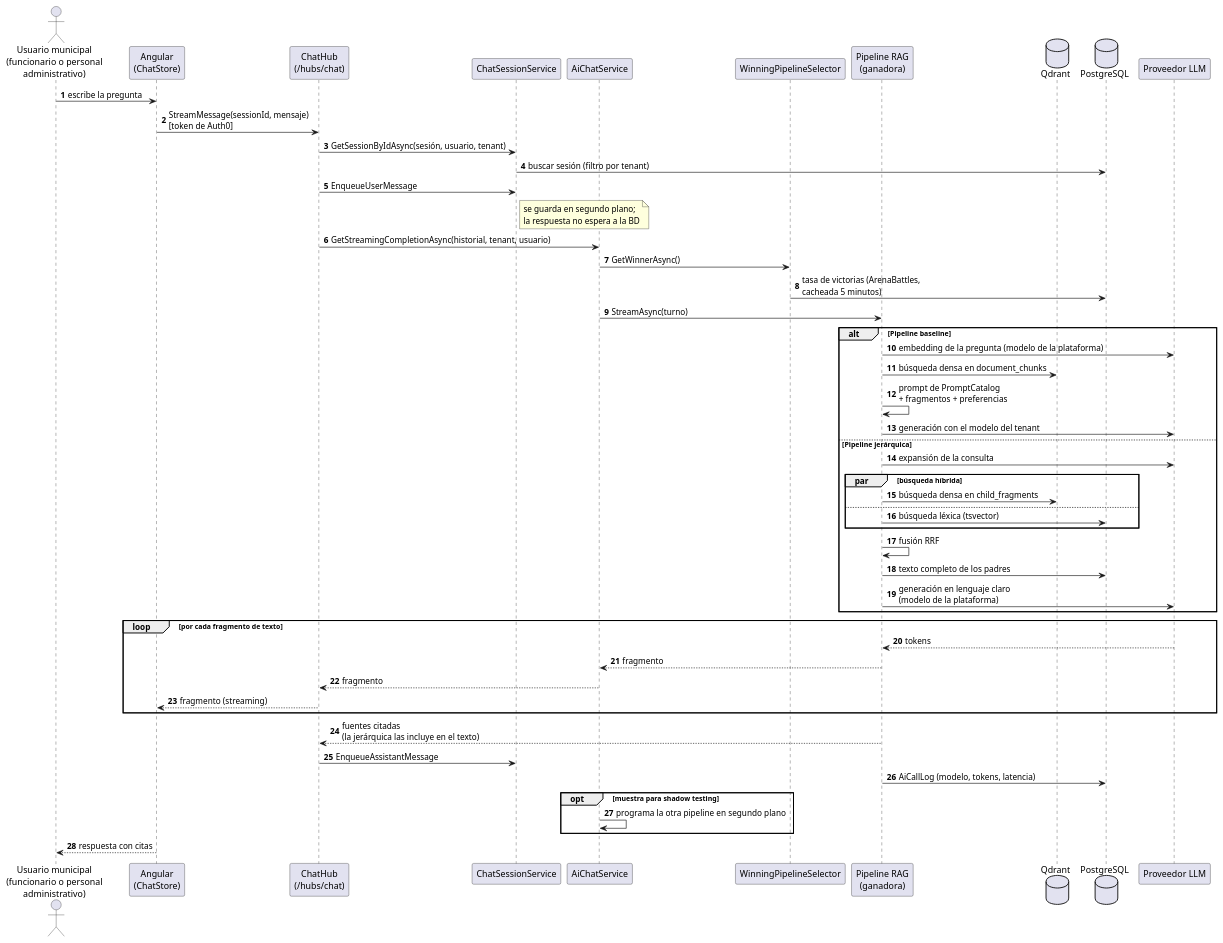
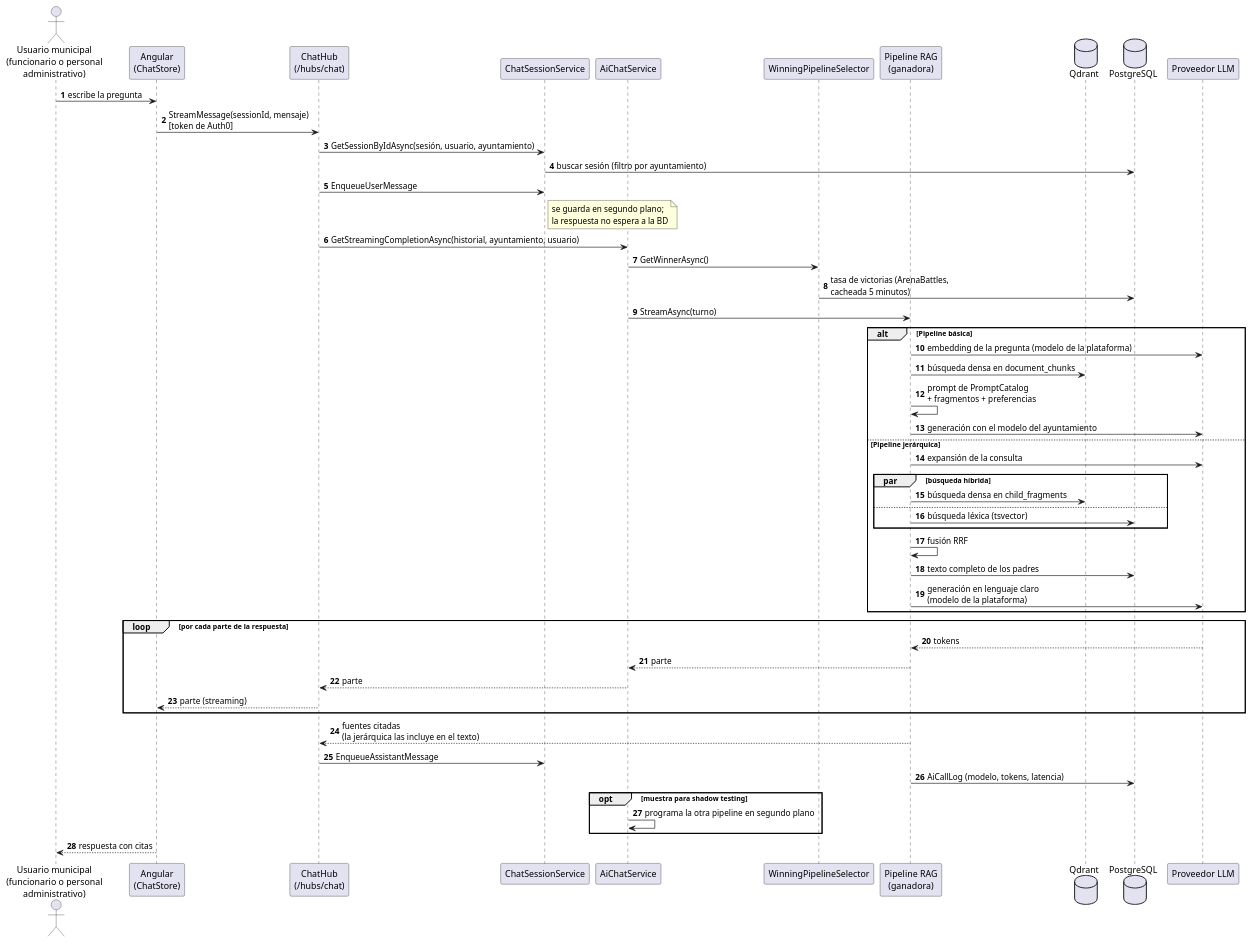
The diagram in memoria/figuras/uml/secuencia-chat.puml (TempooDev/asistente-ayuntamiento), drawn with PlantUML before and after one commit. The commit also changed 118 other files, not shown here.

```diff
--- a/memoria/figuras/uml/secuencia-chat.puml
+++ b/memoria/figuras/uml/secuencia-chat.puml
@@ -1,59 +1,59 @@
 @startuml secuencia-chat
 ' Pregunta en el chat (respuesta en streaming por SignalR)
 skinparam shadowing false
 skinparam defaultFontName Helvetica
 skinparam sequenceMessageAlign left
 autonumber
 actor "Usuario municipal\n(funcionario o personal\nadministrativo)" as U
 participant "Angular\n(ChatStore)" as SPA
 participant "ChatHub\n(/hubs/chat)" as Hub
 participant "ChatSessionService" as Sess
 participant "AiChatService" as Chat
 participant "WinningPipelineSelector" as Win
 participant "Pipeline RAG\n(ganadora)" as Pipe
 database "Qdrant" as Q
 database "PostgreSQL" as PG
 participant "Proveedor LLM" as LLM
 
 U -> SPA : escribe la pregunta
 SPA -> Hub : StreamMessage(sessionId, mensaje)\n[token de Auth0]
-Hub -> Sess : GetSessionByIdAsync(sesión, usuario, tenant)
-Sess -> PG : buscar sesión (filtro por tenant)
+Hub -> Sess : GetSessionByIdAsync(sesión, usuario, ayuntamiento)
+Sess -> PG : buscar sesión (filtro por ayuntamiento)
 Hub -> Sess : EnqueueUserMessage
 note right of Sess : se guarda en segundo plano;\nla respuesta no espera a la BD
-Hub -> Chat : GetStreamingCompletionAsync(historial, tenant, usuario)
+Hub -> Chat : GetStreamingCompletionAsync(historial, ayuntamiento, usuario)
 Chat -> Win : GetWinnerAsync()
 Win -> PG : tasa de victorias (ArenaBattles,\ncacheada 5 minutos)
 Chat -> Pipe : StreamAsync(turno)
 
-alt Pipeline baseline
+alt Pipeline básica
   Pipe -> LLM : embedding de la pregunta (modelo de la plataforma)
   Pipe -> Q : búsqueda densa en document_chunks
   Pipe -> Pipe : prompt de PromptCatalog\n+ fragmentos + preferencias
-  Pipe -> LLM : generación con el modelo del tenant
+  Pipe -> LLM : generación con el modelo del ayuntamiento
 else Pipeline jerárquica
   Pipe -> LLM : expansión de la consulta
   par búsqueda híbrida
     Pipe -> Q : búsqueda densa en child_fragments
   else
     Pipe -> PG : búsqueda léxica (tsvector)
   end
   Pipe -> Pipe : fusión RRF
   Pipe -> PG : texto completo de los padres
   Pipe -> LLM : generación en lenguaje claro\n(modelo de la plataforma)
 end
 
-loop por cada fragmento de texto
+loop por cada parte de la respuesta
   LLM --> Pipe : tokens
-  Pipe --> Chat : fragmento
-  Chat --> Hub : fragmento
-  Hub --> SPA : fragmento (streaming)
+  Pipe --> Chat : parte
+  Chat --> Hub : parte
+  Hub --> SPA : parte (streaming)
 end
 Pipe --> Hub : fuentes citadas\n(la jerárquica las incluye en el texto)
 Hub -> Sess : EnqueueAssistantMessage
 Pipe -> PG : AiCallLog (modelo, tokens, latencia)
 opt muestra para shadow testing
   Chat -> Chat : programa la otra pipeline en segundo plano
 end
 SPA --> U : respuesta con citas
 @enduml
```
